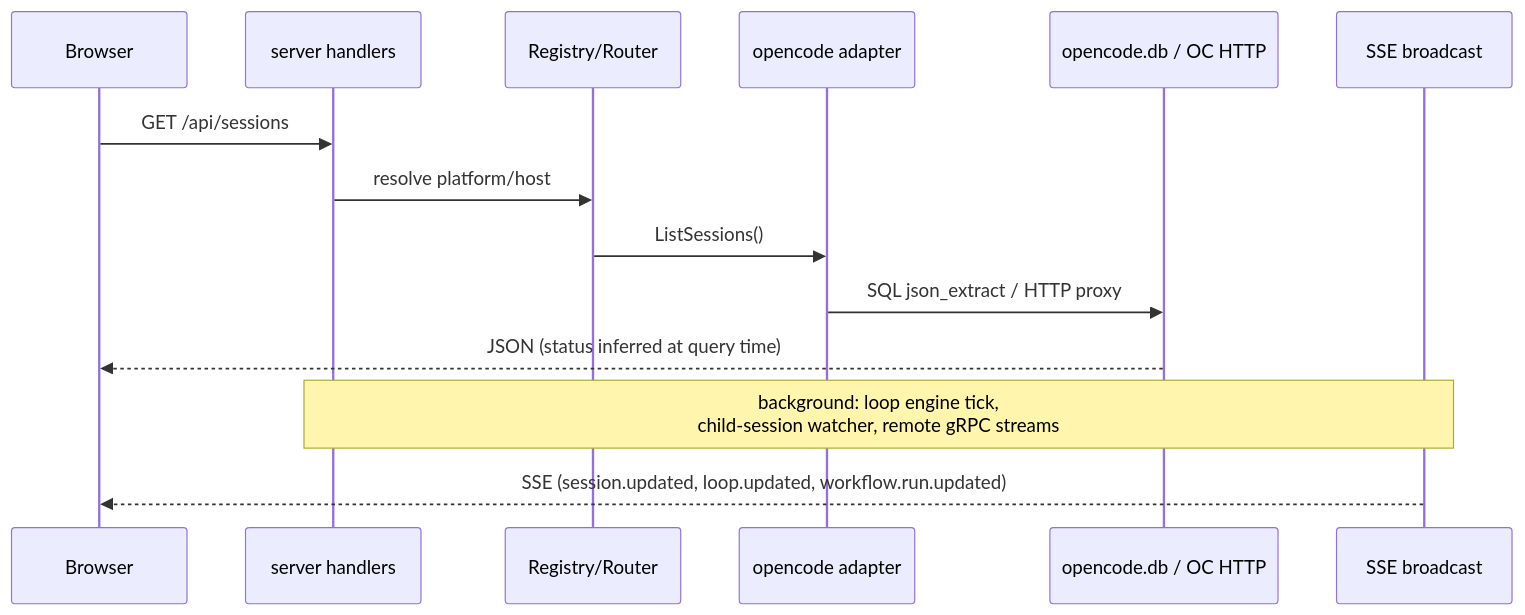
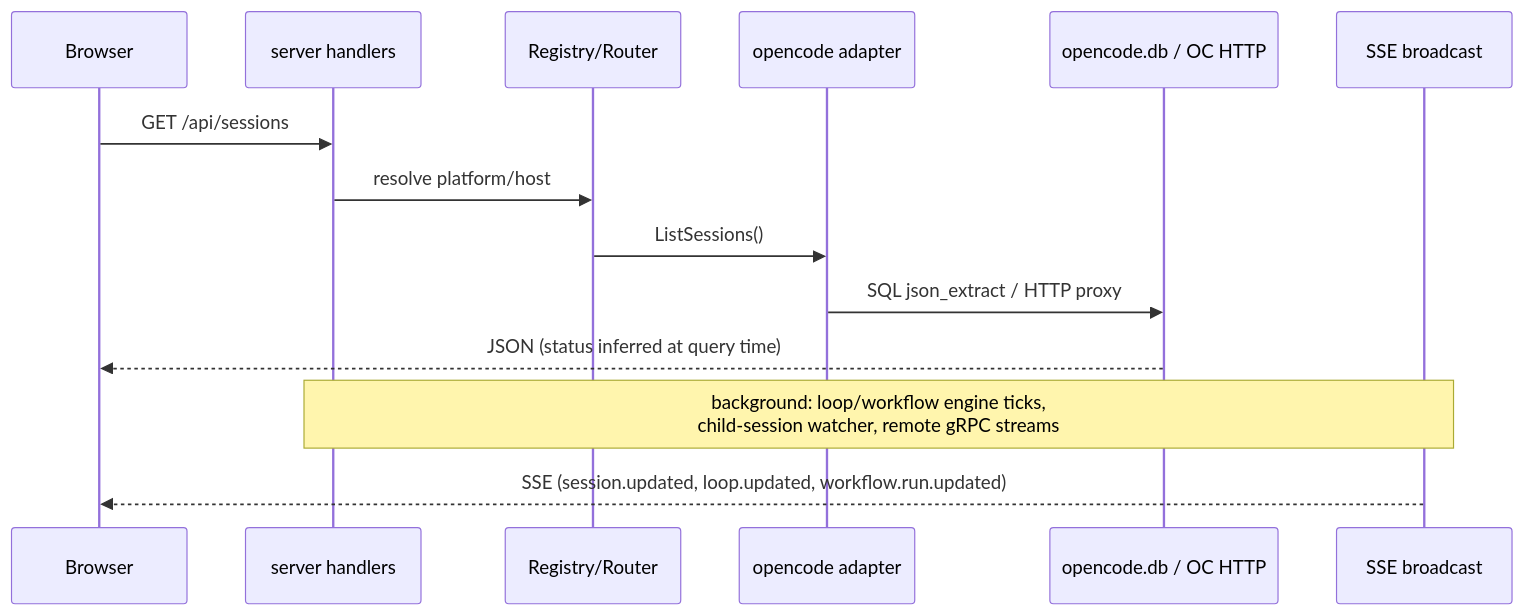
One commit to ocman/ocman changed the third of 4 diagrams in docs/architecture.md. Above: the diagram before and after it, drawn with Mermaid. The commit also changed other lines of this file and 16 other files, not shown here.

````diff
--- a/docs/architecture.md
+++ b/docs/architecture.md
@@ -91,17 +95,17 @@
 ```mermaid
 sequenceDiagram
     participant B as Browser
     participant S as server handlers
     participant R as Registry/Router
     participant A as opencode adapter
     participant D as opencode.db / OC HTTP
     participant E as SSE broadcast
 
     B->>S: GET /api/sessions
     S->>R: resolve platform/host
     R->>A: ListSessions()
     A->>D: SQL json_extract / HTTP proxy
     D-->>B: JSON (status inferred at query time)
-    Note over S,E: background: loop engine tick,<br/>child-session watcher, remote gRPC streams
+    Note over S,E: background: loop/workflow engine ticks,<br/>child-session watcher, remote gRPC streams
     E-->>B: SSE (session.updated, loop.updated, workflow.run.updated)
 ```
````
